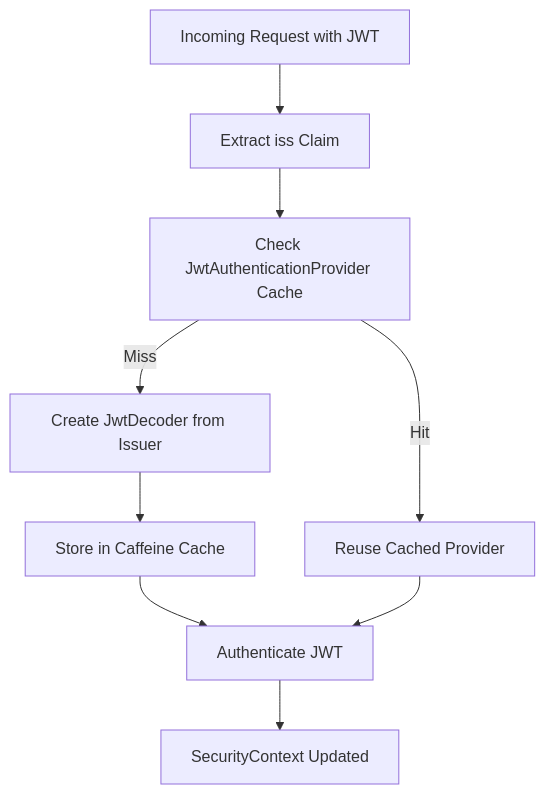
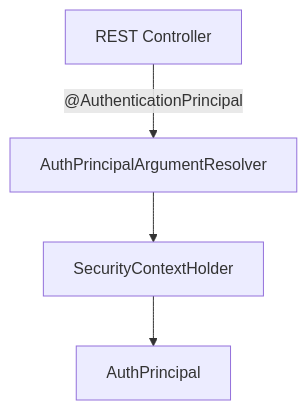
The diagram in docs/diagrams/architecture/api-service-core-config-and-security-3.mmd (flamingo-stack/openframe-oss-lib), drawn with Mermaid before and after one commit. The commit also changed 1809 other files, not shown here.

```diff
--- a/docs/diagrams/architecture/api-service-core-config-and-security-3.mmd
+++ b/docs/diagrams/architecture/api-service-core-config-and-security-3.mmd
@@ -1,9 +1,4 @@
 flowchart TD
-    Incoming["Incoming Request with JWT"] --> ExtractIssuer["Extract iss Claim"]
-    ExtractIssuer --> CacheCheck["Check JwtAuthenticationProvider Cache"]
-    CacheCheck -->|"Miss"| CreateDecoder["Create JwtDecoder from Issuer"]
-    CreateDecoder --> StoreCache["Store in Caffeine Cache"]
-    CacheCheck -->|"Hit"| UseProvider["Reuse Cached Provider"]
-    StoreCache --> Authenticate["Authenticate JWT"]
-    UseProvider --> Authenticate
-    Authenticate --> Principal["SecurityContext Updated"]
+    Controller["REST Controller"] -->|"@AuthenticationPrincipal"| Resolver["AuthPrincipalArgumentResolver"]
+    Resolver --> SecurityContext["SecurityContextHolder"]
+    SecurityContext --> Principal["AuthPrincipal"]
```
